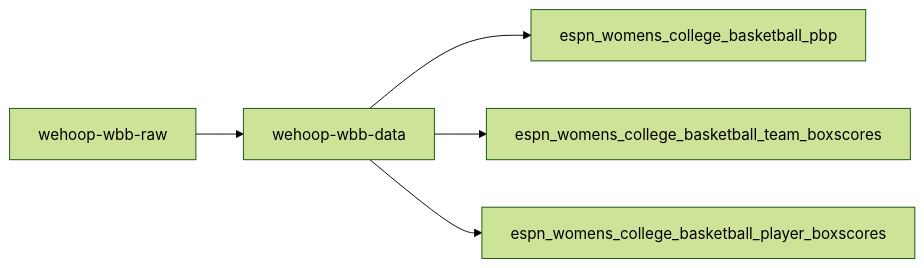
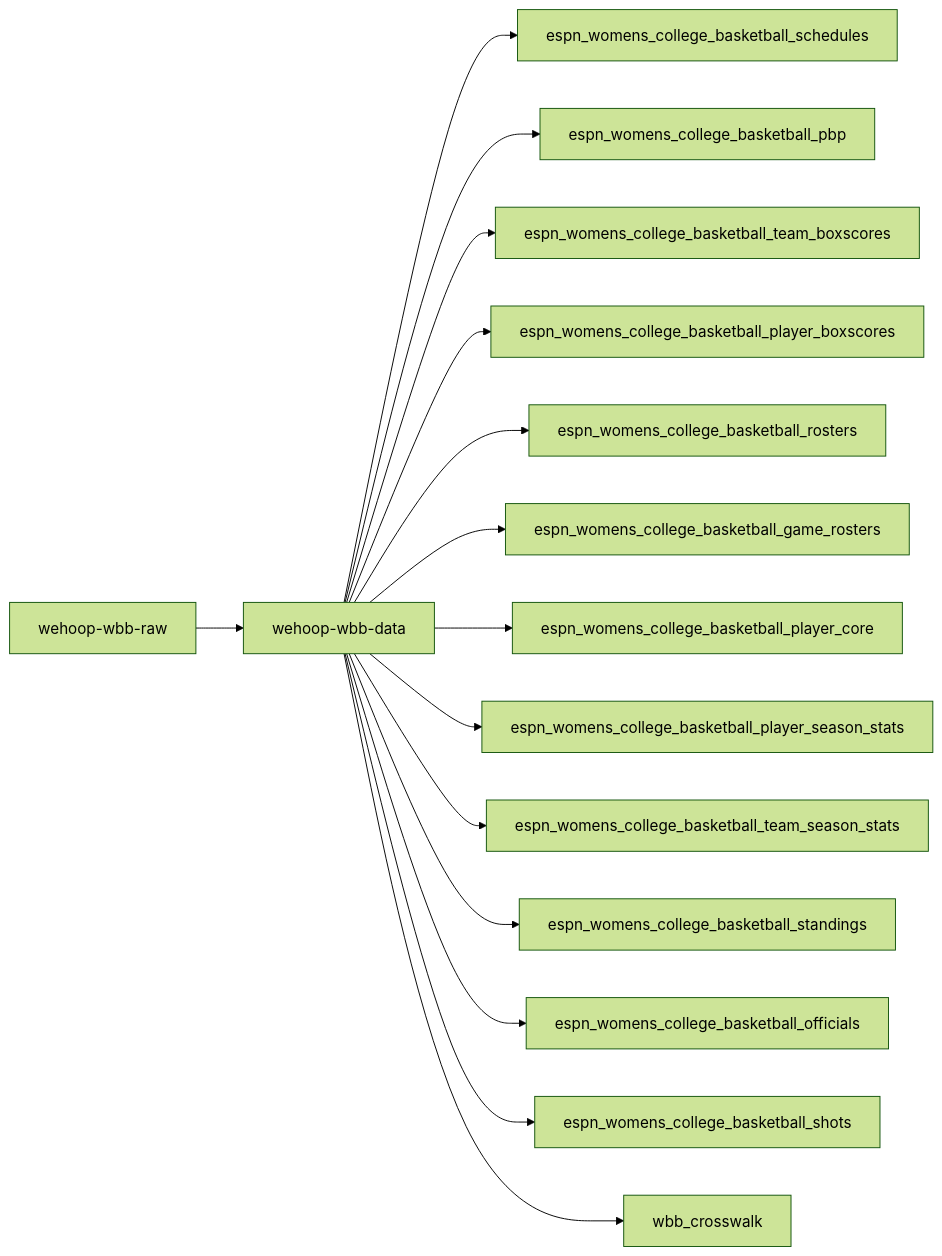
One commit to sportsdataverse/wehoop-wbb-raw changed the first of 2 diagrams in README.md. Above: the diagram before and after it, drawn with Mermaid (forest theme). The commit also changed other lines of this file, not shown here.

First line of the commit message:
docs: two-diagram workflow section + generated automation-status block

````diff
--- a/README.md
+++ b/README.md
@@ -3,8 +5,17 @@
 ```mermaid
   graph LR;
     A[wehoop-wbb-raw]-->B[wehoop-wbb-data];
-    B[wehoop-wbb-data]-->C1[espn_womens_college_basketball_pbp];
-    B[wehoop-wbb-data]-->C2[espn_womens_college_basketball_team_boxscores];
-    B[wehoop-wbb-data]-->C3[espn_womens_college_basketball_player_boxscores];
-
+    B[wehoop-wbb-data]-->C1[espn_womens_college_basketball_schedules];
+    B[wehoop-wbb-data]-->C2[espn_womens_college_basketball_pbp];
+    B[wehoop-wbb-data]-->C3[espn_womens_college_basketball_team_boxscores];
+    B[wehoop-wbb-data]-->C4[espn_womens_college_basketball_player_boxscores];
+    B[wehoop-wbb-data]-->C5[espn_womens_college_basketball_rosters];
+    B[wehoop-wbb-data]-->C6[espn_womens_college_basketball_game_rosters];
+    B[wehoop-wbb-data]-->C7[espn_womens_college_basketball_player_core];
+    B[wehoop-wbb-data]-->C8[espn_womens_college_basketball_player_season_stats];
+    B[wehoop-wbb-data]-->C9[espn_womens_college_basketball_team_season_stats];
+    B[wehoop-wbb-data]-->C10[espn_womens_college_basketball_standings];
+    B[wehoop-wbb-data]-->C11[espn_womens_college_basketball_officials];
+    B[wehoop-wbb-data]-->C12[espn_womens_college_basketball_shots];
+    B[wehoop-wbb-data]-->C13[wbb_crosswalk];
 ```
````
